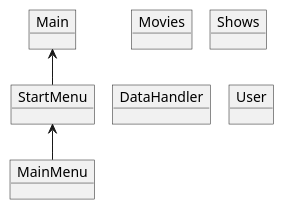
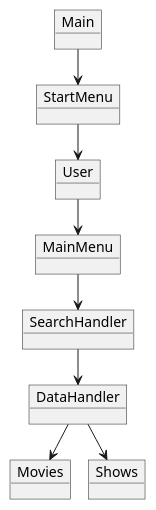
Before and after one commit to ValdemarLarsen02/SP3GruppeD: the diagram in .idea/Domain Model.puml, drawn with PlantUML.

```diff
--- a/.idea/Domain Model.puml
+++ b/.idea/Domain Model.puml
@@ -1,21 +1,28 @@
 @startuml
 !pragma layout smetana
 
 object Main
 object StartMenu
 object MainMenu
 object Movies
 object Shows
 object DataHandler
 object User
+object SearchHandler
 
 
 
-Main <-- StartMenu
-StartMenu <-- MainMenu
+Main --> StartMenu
+StartMenu --> User
+User --> MainMenu
+MainMenu --> SearchHandler
+SearchHandler --> DataHandler
+DataHandler --> Movies
+DataHandler --> Shows
+
 
 
 
 
 
 @enduml
```
